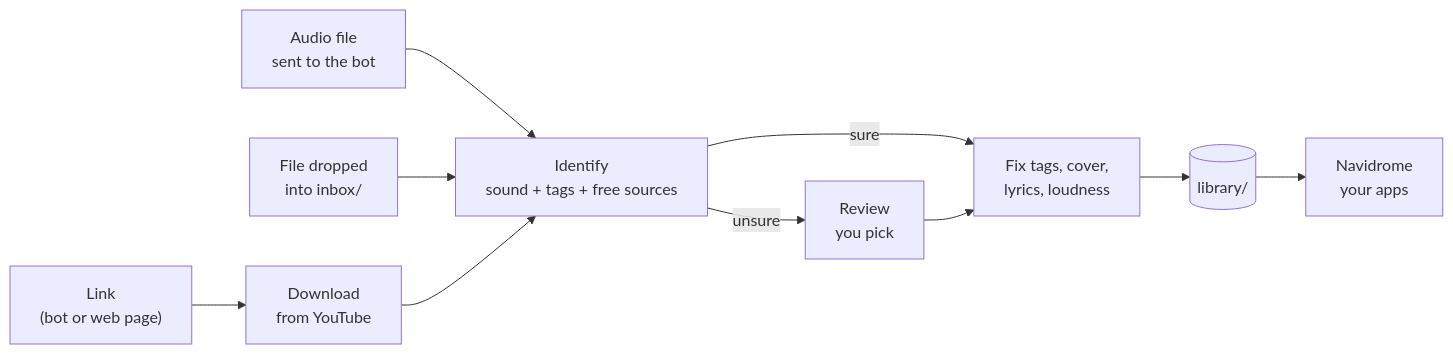
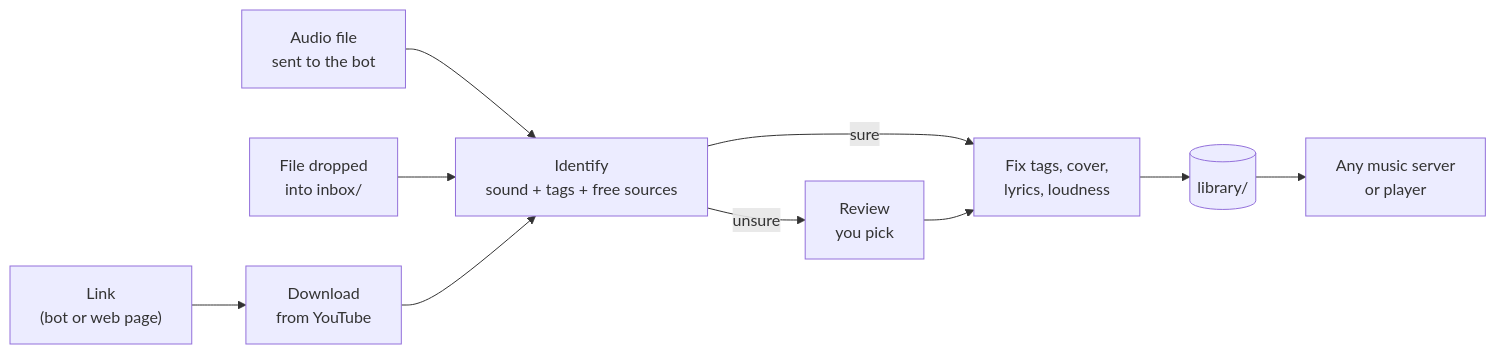
One commit to artamrj/magpie-fi changed the diagram in README.md. Above: the diagram before and after it, drawn with Mermaid. The commit also changed other lines of this file and 1 other file, not shown here.

First line of the commit message:
docs: the README leads with the goal, a clean music library for any music server or player

````diff
--- a/README.md
+++ b/README.md
@@ -37,12 +50,12 @@
 ```mermaid
 flowchart LR
     A["Link<br/>(bot or web page)"] --> D["Download<br/>from YouTube"]
     B["Audio file<br/>sent to the bot"] --> I
     C["File dropped<br/>into inbox/"] --> I
     D --> I["Identify<br/>sound + tags + free sources"]
     I -->|sure| F["Fix tags, cover,<br/>lyrics, loudness"]
     I -->|unsure| R["Review<br/>you pick"]
     R --> F
     F --> L[("library/")]
-    L --> N["Navidrome<br/>your apps"]
+    L --> N["Any music server<br/>or player"]
 ```
````
